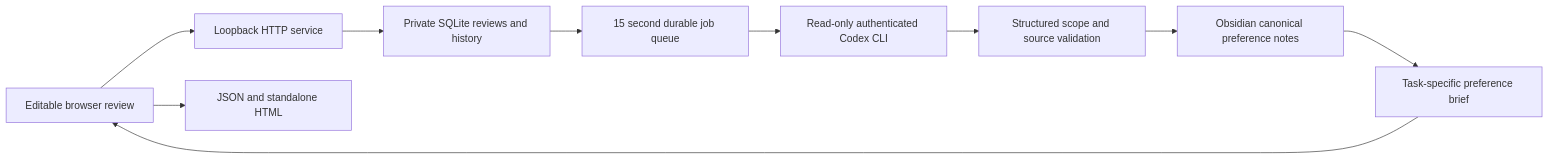
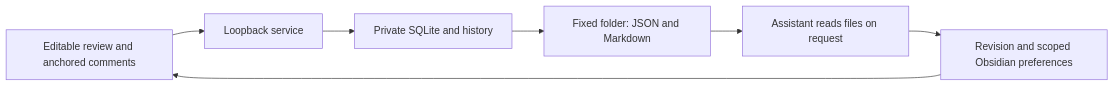
The diagram in docs/architecture.md (Elio-SiChien/writing-review), drawn with Mermaid before and after one commit. The commit also changed other lines of this file and 16 other files, not shown here.

Commit message:
[Codex] feat: save reviews to a fixed folder for on-demand AI reading

````diff
--- a/docs/architecture.md
+++ b/docs/architecture.md
@@ -3,12 +3,9 @@
 ```mermaid
 flowchart LR
-  A[Editable browser review] --> B[Loopback HTTP service]
-  A --> X[JSON and standalone HTML]
-  B --> C[Private SQLite reviews and history]
-  C --> D[15 second durable job queue]
-  D --> E[Read-only authenticated Codex CLI]
-  E --> F[Structured scope and source validation]
-  F --> G[Obsidian canonical preference notes]
-  G --> H[Task-specific preference brief]
-  H --> A
+  A[Editable review and anchored comments] --> B[Loopback service]
+  B --> C[Private SQLite and history]
+  C --> D[Fixed folder: JSON and Markdown]
+  D --> E[Assistant reads files on request]
+  E --> F[Revision and scoped Obsidian preferences]
+  F --> A
 ```
````
